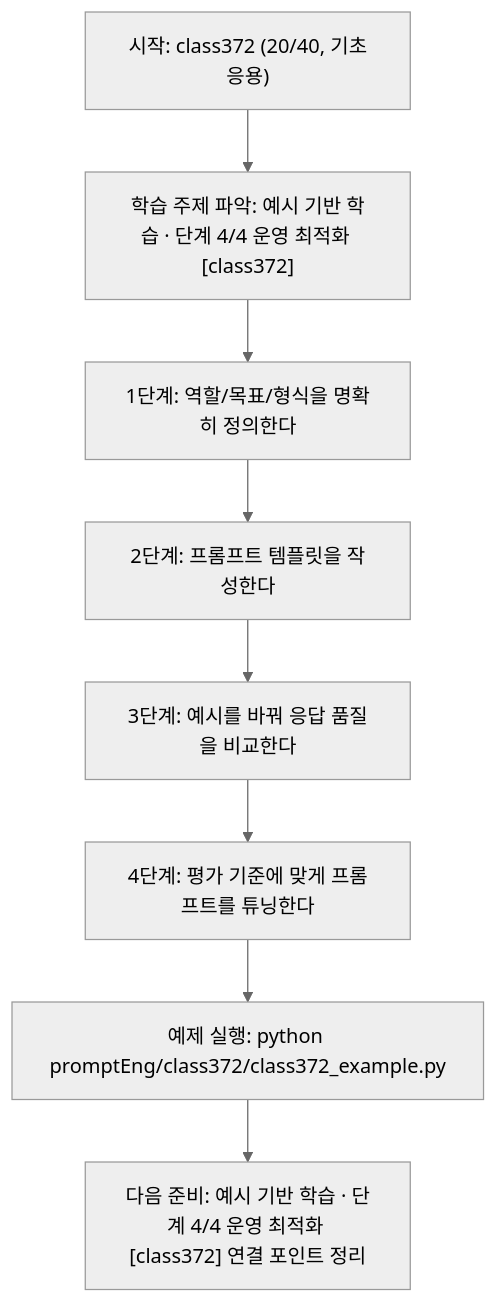
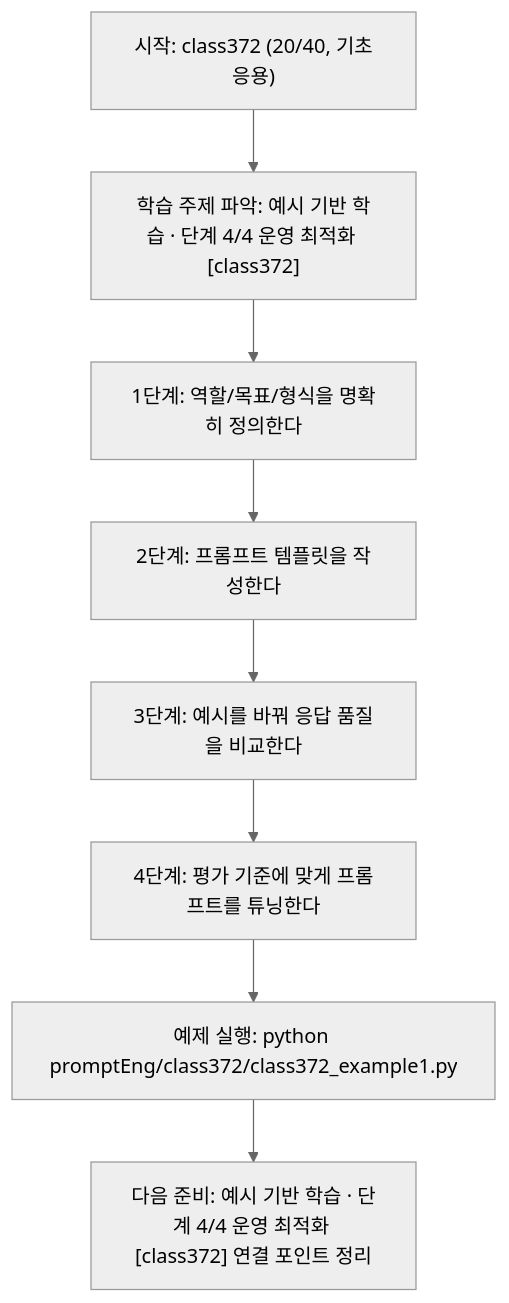
Before and after one commit to edumgt/Python-AI_Agent-Class: the diagram in promptEng/class372/class372.md, drawn with Mermaid (neutral theme). The commit also changed other lines of this file and 2959 other files, not shown here.

````diff
--- a/promptEng/class372/class372.md
+++ b/promptEng/class372/class372.md
@@ -110,18 +110,18 @@
 ```mermaid
 flowchart TD
 N1["시작: class372 (20/40, 기초응용)"]
 N2["학습 주제 파악: 예시 기반 학습 · 단계 4/4 운영 최적화 [class372]"]
 N3["1단계: 역할/목표/형식을 명확히 정의한다"]
 N4["2단계: 프롬프트 템플릿을 작성한다"]
 N5["3단계: 예시를 바꿔 응답 품질을 비교한다"]
 N6["4단계: 평가 기준에 맞게 프롬프트를 튜닝한다"]
-N7["예제 실행: python promptEng/class372/class372_example.py"]
+N7["예제 실행: python promptEng/class372/class372_example1.py"]
 N8["다음 준비: 예시 기반 학습 · 단계 4/4 운영 최적화 [class372] 연결 포인트 정리"]
 N1 --> N2
 N2 --> N3
 N3 --> N4
 N4 --> N5
 N5 --> N6
 N6 --> N7
 N7 --> N8
 ```
````
